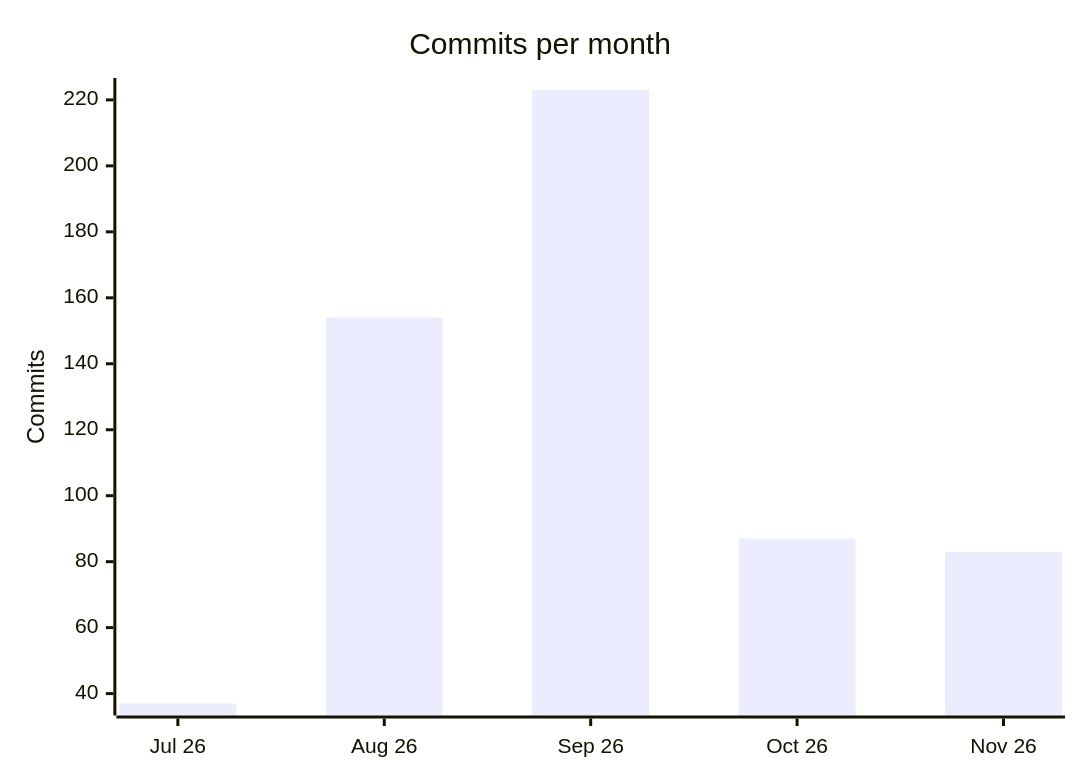
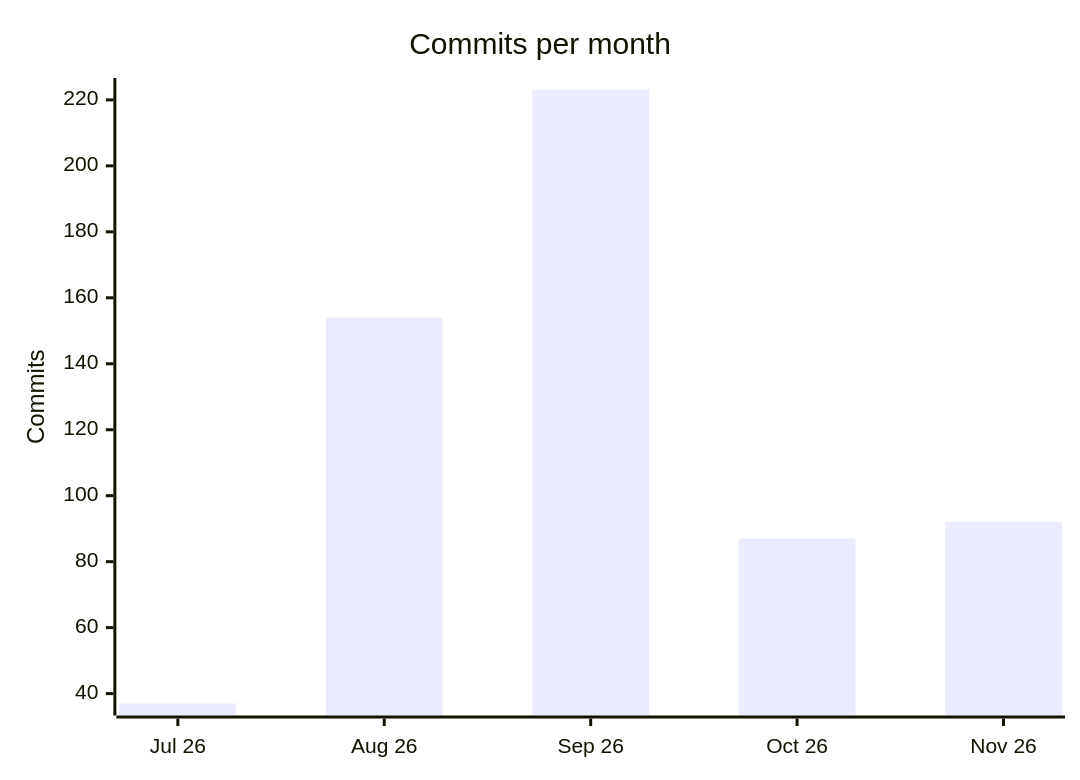
Before and after one commit to PSEMS-CO-FOE/.github: the first of 2 diagrams in profile/README.md, drawn with Mermaid. The commit also changed other lines of this file, not shown here.

````diff
--- a/profile/README.md
+++ b/profile/README.md
@@ -94,7 +94,7 @@
 ```mermaid
 xychart-beta
     title "Commits per month"
     x-axis ["Jul 26", "Aug 26", "Sep 26", "Oct 26", "Nov 26"]
     y-axis "Commits"
-    bar [37, 154, 223, 87, 83]
+    bar [37, 154, 223, 87, 92]
 ```
````
